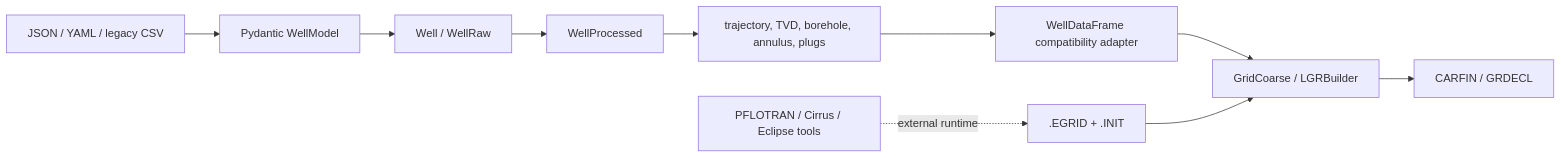
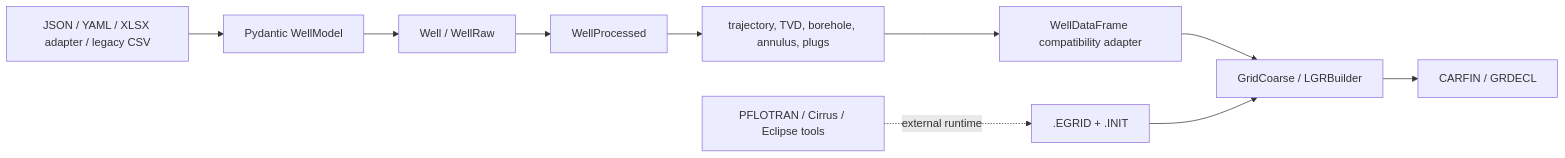
The diagram in docs/architecture_manifesto.md (equinor/SCREEN), drawn with Mermaid before and after one commit. The commit also changed other lines of this file and 2 other files, not shown here.

Commit message:
Update manifesto/roadmap and mkdocs nav consistency

````diff
--- a/docs/architecture_manifesto.md
+++ b/docs/architecture_manifesto.md
@@ -69,12 +69,12 @@
 ```mermaid
 flowchart LR
-    Input[JSON / YAML / legacy CSV] --> Model[Pydantic WellModel]
+  Input[JSON / YAML / XLSX adapter / legacy CSV] --> Model[Pydantic WellModel]
     Model --> Raw[Well / WellRaw]
     Raw --> Processed[WellProcessed]
     Processed --> Derived[trajectory, TVD, borehole, annulus, plugs]
     Derived --> Adapter[WellDataFrame compatibility adapter]
     Adapter --> GaP[GridCoarse / LGRBuilder]
     GaP --> Carfin[CARFIN / GRDECL]
     Grid[.EGRID + .INIT] --> GaP
     Simulator[PFLOTRAN / Cirrus / Eclipse tools] -. external runtime .-> Grid
 ```
````
